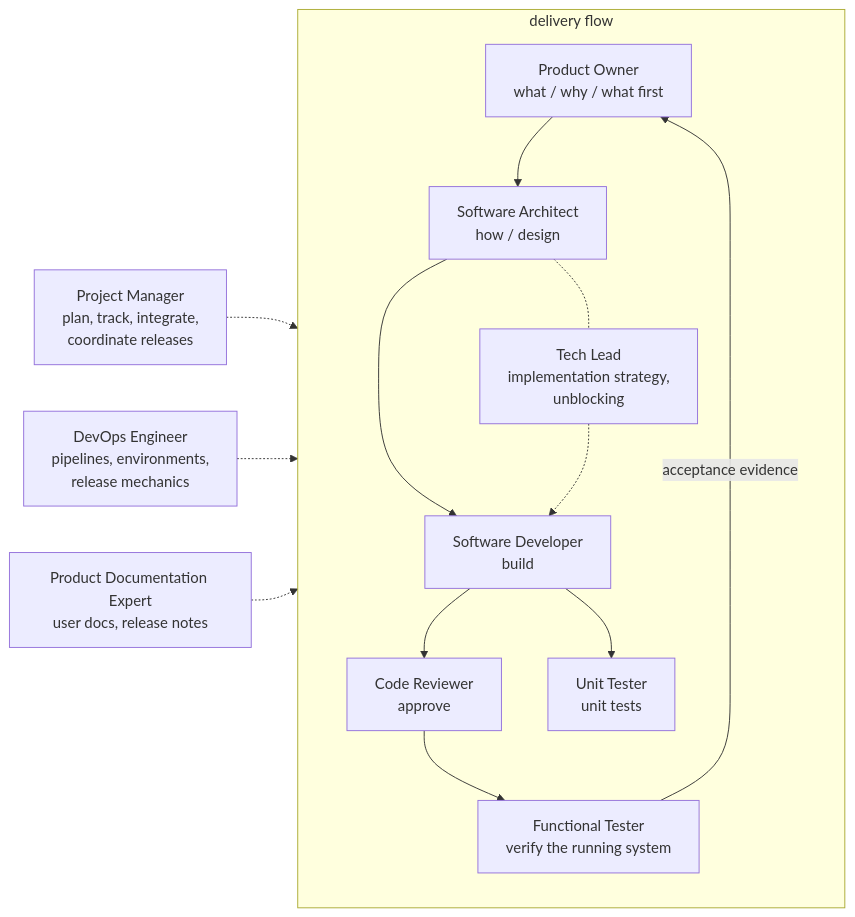
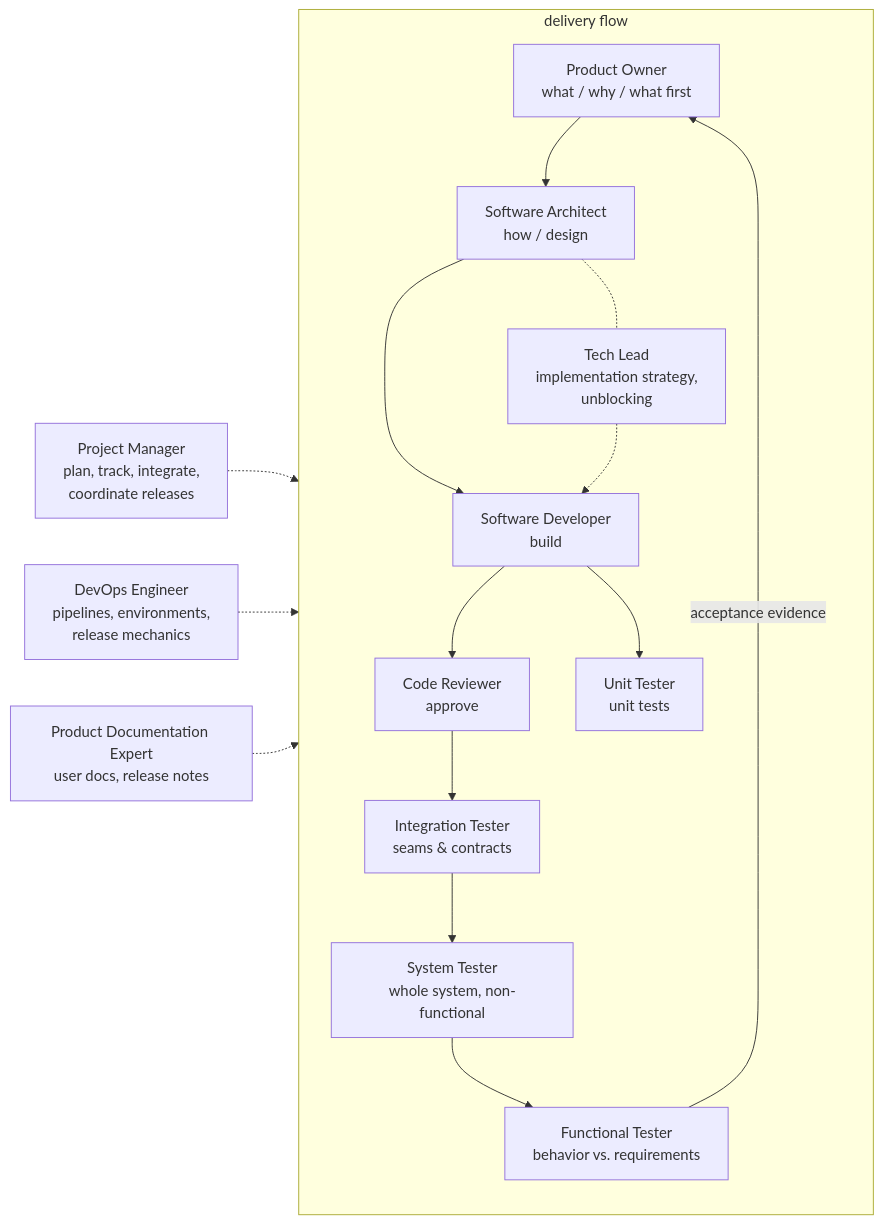
Before and after one commit to salveron/agents: the first of 2 diagrams in AGENTS.md, drawn with Mermaid. The commit also changed other lines of this file and 8 other files, not shown here.

````diff
--- a/AGENTS.md
+++ b/AGENTS.md
@@ -41,16 +43,18 @@
 ```mermaid
 flowchart LR
     subgraph flow [delivery flow]
         PO["Product Owner<br>what / why / what first"] --> SA["Software Architect<br>how / design"]
         SA --> DEV["Software Developer<br>build"]
         DEV --> CR["Code Reviewer<br>approve"]
         DEV --> UT["Unit Tester<br>unit tests"]
-        CR --> FT["Functional Tester<br>verify the running system"]
+        CR --> IT["Integration Tester<br>seams & contracts"]
+        IT --> ST["System Tester<br>whole system, non-functional"]
+        ST --> FT["Functional Tester<br>behavior vs. requirements"]
         FT -->|acceptance evidence| PO
         SA -.- TL["Tech Lead<br>implementation strategy,<br>unblocking"]
         TL -.-> DEV
     end
     PM["Project Manager<br>plan, track, integrate,<br>coordinate releases"] -.-> flow
     DO["DevOps Engineer<br>pipelines, environments,<br>release mechanics"] -.-> flow
     PDE["Product Documentation Expert<br>user docs, release notes"] -.-> flow
 ```
````
